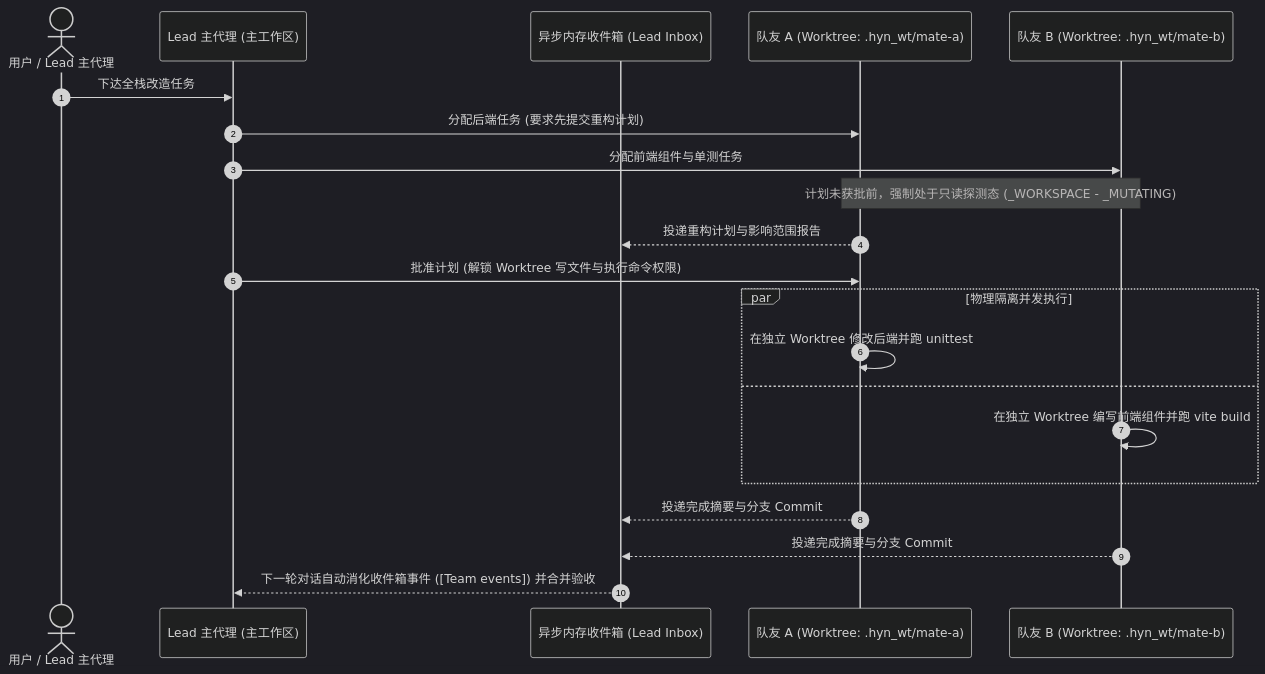
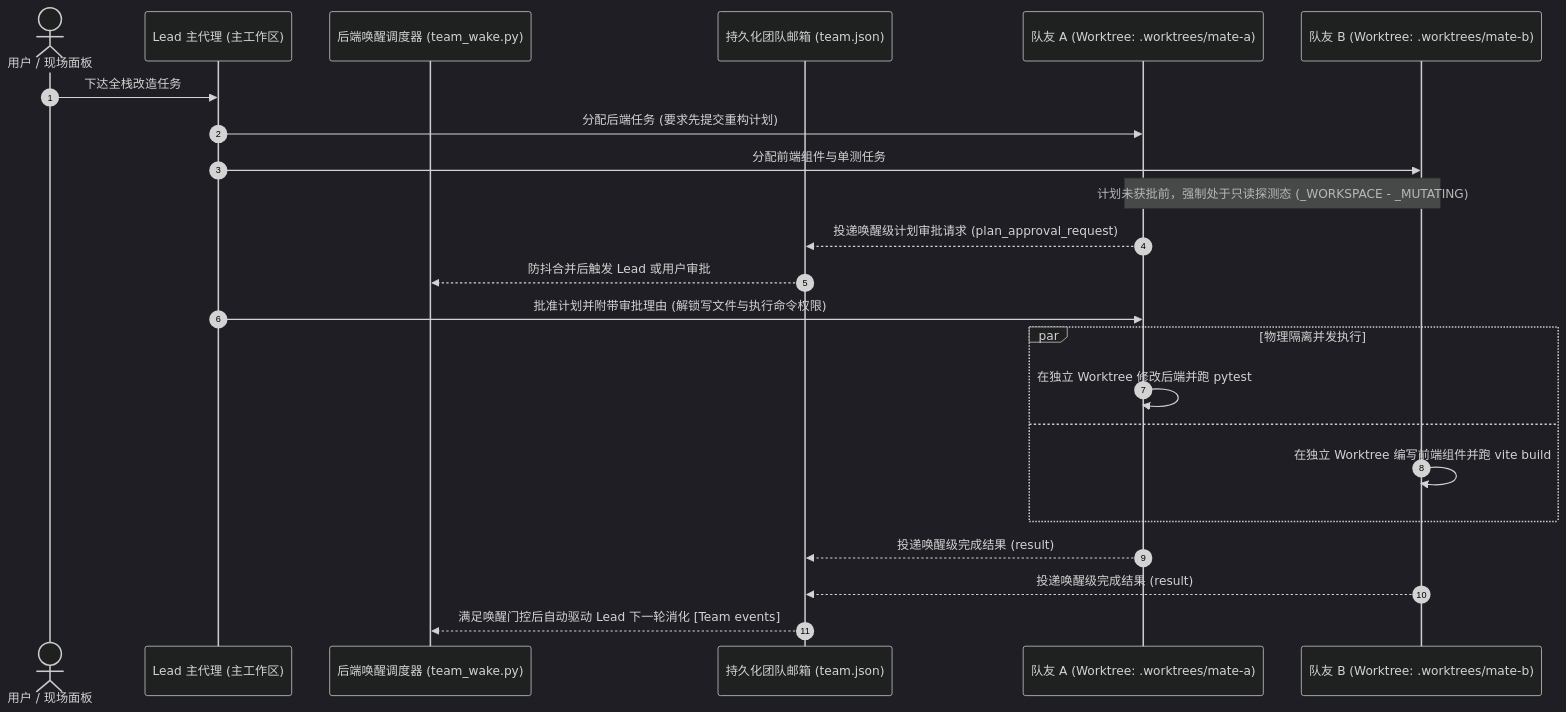
One commit to HelmAgent/Helm_website changed the diagram in docs/architecture/multi-agent-team.md. Above: the diagram before and after it, drawn with Mermaid (dark theme). The commit also changed other lines of this file and 27 other files, not shown here.

Commit message:
docs(architecture): update memory and RAG documentation to reflect new four-layer prefix cache architecture and performance metrics; revise multi-agent team structure for enhanced clarity and functionality

````diff
--- a/docs/architecture/multi-agent-team.md
+++ b/docs/architecture/multi-agent-team.md
@@ -26,24 +26,26 @@
 ```mermaid
 sequenceDiagram
   autonumber
-  actor User as 用户 / Lead 主代理
+  actor User as 用户 / 现场面板
   participant Lead as Lead 主代理 (主工作区)
-  participant Inbox as 异步内存收件箱 (Lead Inbox)
-  participant MateA as 队友 A (Worktree: .hyn_wt/mate-a)
-  participant MateB as 队友 B (Worktree: .hyn_wt/mate-b)
+  participant Wake as 后端唤醒调度器 (team_wake.py)
+  participant Inbox as 持久化团队邮箱 (team.json)
+  participant MateA as 队友 A (Worktree: .worktrees/mate-a)
+  participant MateB as 队友 B (Worktree: .worktrees/mate-b)
 
   User->>Lead: 下达全栈改造任务
   Lead->>MateA: 分配后端任务 (要求先提交重构计划)
   Lead->>MateB: 分配前端组件与单测任务
   Note over MateA,MateB: 计划未获批前，强制处于只读探测态 (_WORKSPACE - _MUTATING)
-  MateA-->>Inbox: 投递重构计划与影响范围报告
-  Lead->>MateA: 批准计划 (解锁 Worktree 写文件与执行命令权限)
+  MateA-->>Inbox: 投递唤醒级计划审批请求 (plan_approval_request)
+  Inbox-->>Wake: 防抖合并后触发 Lead 或用户审批
+  Lead->>MateA: 批准计划并附带审批理由 (解锁写文件与执行命令权限)
   par 物理隔离并发执行
-    MateA->>MateA: 在独立 Worktree 修改后端并跑 unittest
+    MateA->>MateA: 在独立 Worktree 修改后端并跑 pytest
   and
     MateB->>MateB: 在独立 Worktree 编写前端组件并跑 vite build
   end
-  MateA-->>Inbox: 投递完成摘要与分支 Commit
-  MateB-->>Inbox: 投递完成摘要与分支 Commit
-  Inbox-->>Lead: 下一轮对话自动消化收件箱事件 ([Team events]) 并合并验收
+  MateA-->>Inbox: 投递唤醒级完成结果 (result)
+  MateB-->>Inbox: 投递唤醒级完成结果 (result)
+  Inbox-->>Wake: 满足唤醒门控后自动驱动 Lead 下一轮消化 [Team events]
 ```
````
